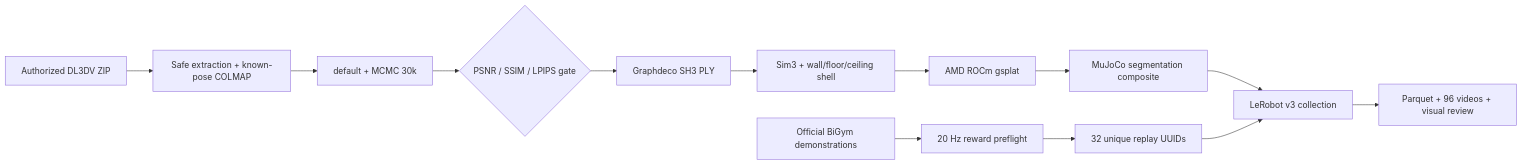
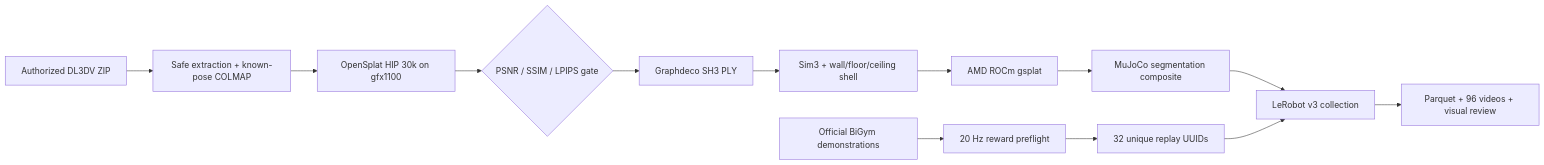
The diagram in README.md (eust-w/amd-bigym-3dgs-rocm), drawn with Mermaid before and after one commit. The commit also changed other lines of this file and 12 other files, not shown here.

````diff
--- a/README.md
+++ b/README.md
@@ -69,15 +73,15 @@
 ```mermaid
 flowchart LR
   A[Authorized DL3DV ZIP] --> B[Safe extraction + known-pose COLMAP]
-  B --> C[default + MCMC 30k]
+  B --> C[OpenSplat HIP 30k on gfx1100]
   C --> D{PSNR / SSIM / LPIPS gate}
   D --> E[Graphdeco SH3 PLY]
   E --> F[Sim3 + wall/floor/ceiling shell]
   F --> G[AMD ROCm gsplat]
   G --> H[MuJoCo segmentation composite]
   I[Official BiGym demonstrations] --> J[20 Hz reward preflight]
   J --> K[32 unique replay UUIDs]
   H --> L[LeRobot v3 collection]
   K --> L
   L --> M[Parquet + 96 videos + visual review]
 ```
````
